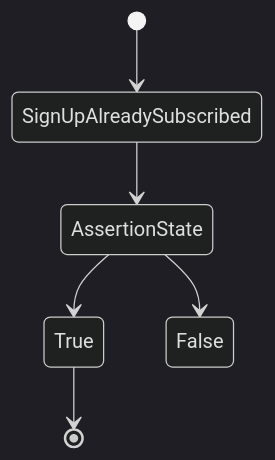
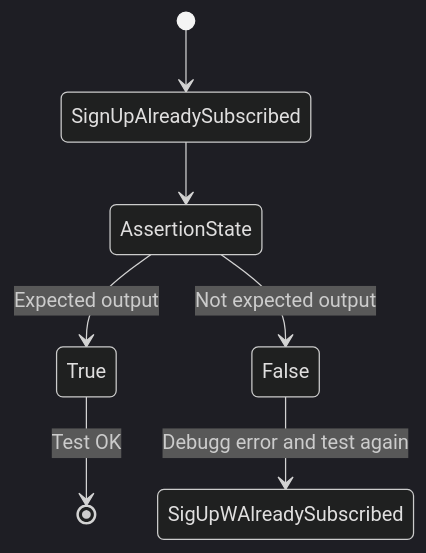
Before and after one commit to Emsaso/GetNews: the sixth of 12 diagrams in model/TestModel.md, drawn with Mermaid (dark theme). The commit also changed other lines of this file, not shown here.

````diff
--- a/model/TestModel.md
+++ b/model/TestModel.md
@@ -132,11 +135,12 @@
 ```mermaid
 stateDiagram-v2
     [*] --> SignUpAlreadySubscribed
         SignUpAlreadySubscribed --> AssertionState
         
-        AssertionState --> True
-        AssertionState --> False
-        True --> [*]
-        False
+        AssertionState --> True:Expected output
+        AssertionState --> False:Not expected output
+        
+        True --> [*]:Test OK
+        False --> SigUpWAlreadySubscribed:Debugg error and test again
 
 ```
````
